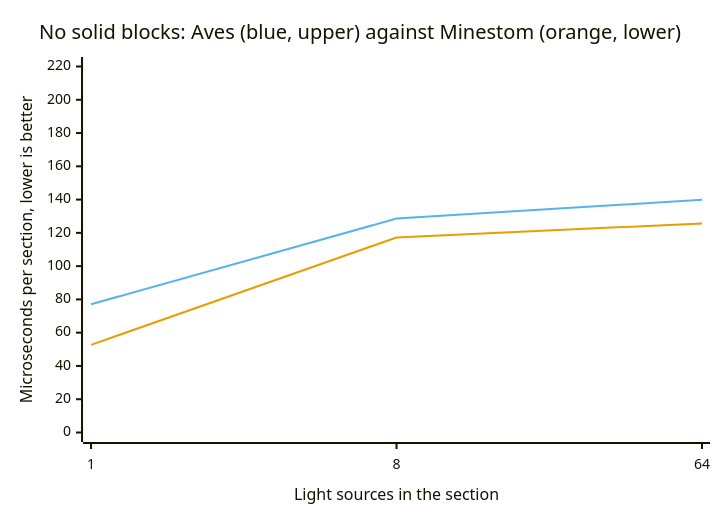
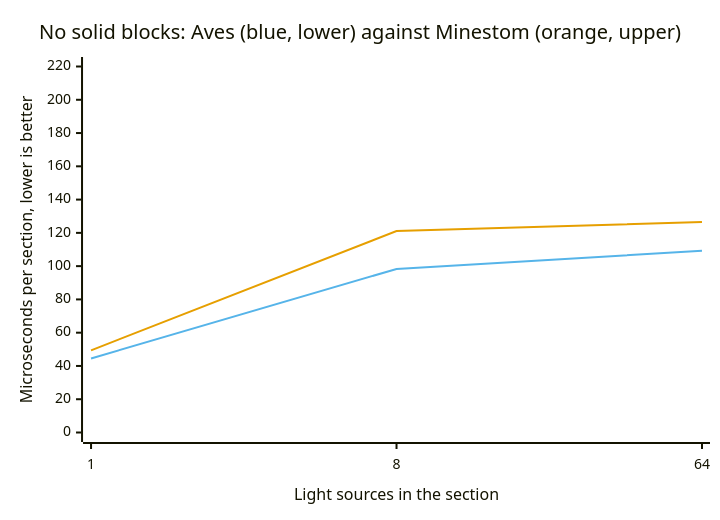
The first of 5 diagrams in docs/light-engine.md (OneLiteFeatherNET/Aves), drawn with Mermaid before and after one commit. The commit also changed other lines of this file and 2 other files, not shown here.

````diff
--- a/docs/light-engine.md
+++ b/docs/light-engine.md
@@ -148,9 +168,9 @@
 ```mermaid
 %%{init: {"themeVariables": {"xyChart": {"plotColorPalette": "#56B4E9, #E69F00"}}}}%%
 xychart-beta
-    title "No solid blocks: Aves (blue, upper) against Minestom (orange, lower)"
+    title "No solid blocks: Aves (blue, lower) against Minestom (orange, upper)"
     x-axis "Light sources in the section" [1, 8, 64]
     y-axis "Microseconds per section, lower is better" 0 --> 220
-    line [77.1, 128.6, 139.9]
-    line [52.7, 117.2, 125.7]
+    line [44.5, 98.3, 109.2]
+    line [49.4, 121.1, 126.5]
 ```
````
